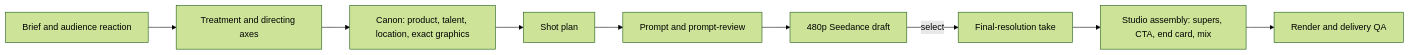
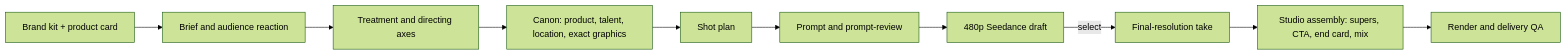
Before and after one commit to byteplus-sa/seed-marketing-studio: the first of 3 diagrams in README.md, drawn with Mermaid (forest theme). The commit also changed other lines of this file and 138 other files, not shown here.

````diff
--- a/README.md
+++ b/README.md
@@ -49,11 +54,12 @@
 ```mermaid
 flowchart LR
-  A[Brief and audience reaction] --> B[Treatment and directing axes]
+  K[Brand kit + product card] --> A[Brief and audience reaction]
+  A --> B[Treatment and directing axes]
   B --> C[Canon: product, talent, location, exact graphics]
   C --> D[Shot plan]
   D --> E[Prompt and prompt-review]
   E --> F[480p Seedance draft]
   F -->|select| G[Final-resolution take]
   G --> H[Studio assembly: supers, CTA, end card, mix]
   H --> I[Render and delivery QA]
 ```
````
